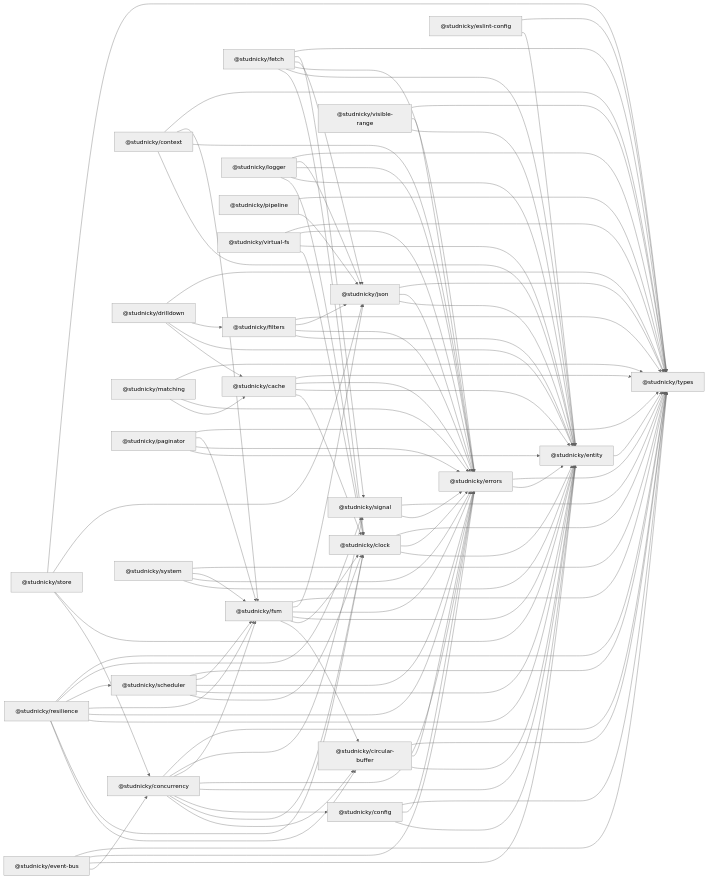
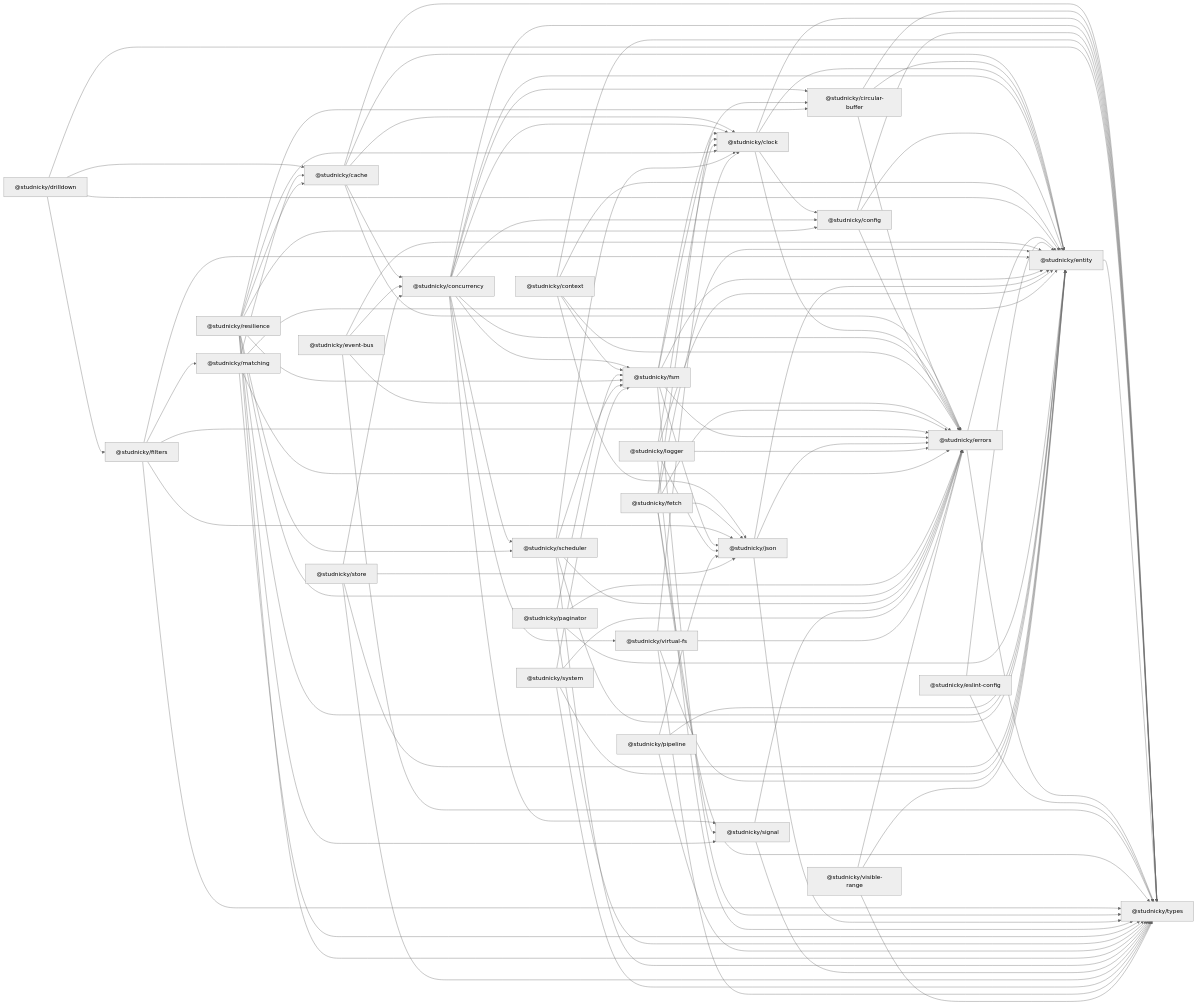
Before and after one commit to Studnicky/substrate: the diagram in docs/dependency-graph.md, drawn with Mermaid (neutral theme). The commit also changed 1646 other files, not shown here.

First line of the commit message:
refactor(system,paginator): entities on SchemaNode, docs pages, and lint heap

```diff
--- a/docs/dependency-graph.md
+++ b/docs/dependency-graph.md
@@ -32,12 +32,14 @@
 p__studnicky_virtual_fs["@studnicky/virtual-fs"]
 p__studnicky_visible_range["@studnicky/visible-range"]
 p__studnicky_cache --> p__studnicky_clock
+p__studnicky_cache --> p__studnicky_concurrency
 p__studnicky_cache --> p__studnicky_entity
 p__studnicky_cache --> p__studnicky_errors
 p__studnicky_cache --> p__studnicky_types
 p__studnicky_circular_buffer --> p__studnicky_entity
 p__studnicky_circular_buffer --> p__studnicky_errors
 p__studnicky_circular_buffer --> p__studnicky_types
+p__studnicky_clock --> p__studnicky_config
 p__studnicky_clock --> p__studnicky_entity
 p__studnicky_clock --> p__studnicky_errors
 p__studnicky_clock --> p__studnicky_types
@@ -47,14 +49,17 @@
 p__studnicky_concurrency --> p__studnicky_entity
 p__studnicky_concurrency --> p__studnicky_errors
 p__studnicky_concurrency --> p__studnicky_fsm
+p__studnicky_concurrency --> p__studnicky_scheduler
 p__studnicky_concurrency --> p__studnicky_signal
 p__studnicky_concurrency --> p__studnicky_types
+p__studnicky_concurrency --> p__studnicky_virtual_fs
 p__studnicky_config --> p__studnicky_entity
 p__studnicky_config --> p__studnicky_errors
 p__studnicky_config --> p__studnicky_types
 p__studnicky_context --> p__studnicky_entity
 p__studnicky_context --> p__studnicky_errors
 p__studnicky_context --> p__studnicky_fsm
+p__studnicky_context --> p__studnicky_json
 p__studnicky_context --> p__studnicky_types
 p__studnicky_drilldown --> p__studnicky_cache
 p__studnicky_drilldown --> p__studnicky_entity
@@ -78,6 +83,7 @@
 p__studnicky_filters --> p__studnicky_entity
 p__studnicky_filters --> p__studnicky_errors
 p__studnicky_filters --> p__studnicky_json
+p__studnicky_filters --> p__studnicky_matching
 p__studnicky_filters --> p__studnicky_types
 p__studnicky_fsm --> p__studnicky_circular_buffer
 p__studnicky_fsm --> p__studnicky_clock
@@ -94,16 +100,20 @@
 p__studnicky_logger --> p__studnicky_json
 p__studnicky_logger --> p__studnicky_types
 p__studnicky_matching --> p__studnicky_cache
+p__studnicky_matching --> p__studnicky_entity
 p__studnicky_matching --> p__studnicky_errors
 p__studnicky_matching --> p__studnicky_types
 p__studnicky_paginator --> p__studnicky_entity
 p__studnicky_paginator --> p__studnicky_errors
 p__studnicky_paginator --> p__studnicky_fsm
 p__studnicky_paginator --> p__studnicky_types
+p__studnicky_pipeline --> p__studnicky_entity
 p__studnicky_pipeline --> p__studnicky_json
 p__studnicky_pipeline --> p__studnicky_types
+p__studnicky_resilience --> p__studnicky_cache
 p__studnicky_resilience --> p__studnicky_circular_buffer
 p__studnicky_resilience --> p__studnicky_clock
+p__studnicky_resilience --> p__studnicky_config
 p__studnicky_resilience --> p__studnicky_entity
 p__studnicky_resilience --> p__studnicky_errors
 p__studnicky_resilience --> p__studnicky_fsm
```
